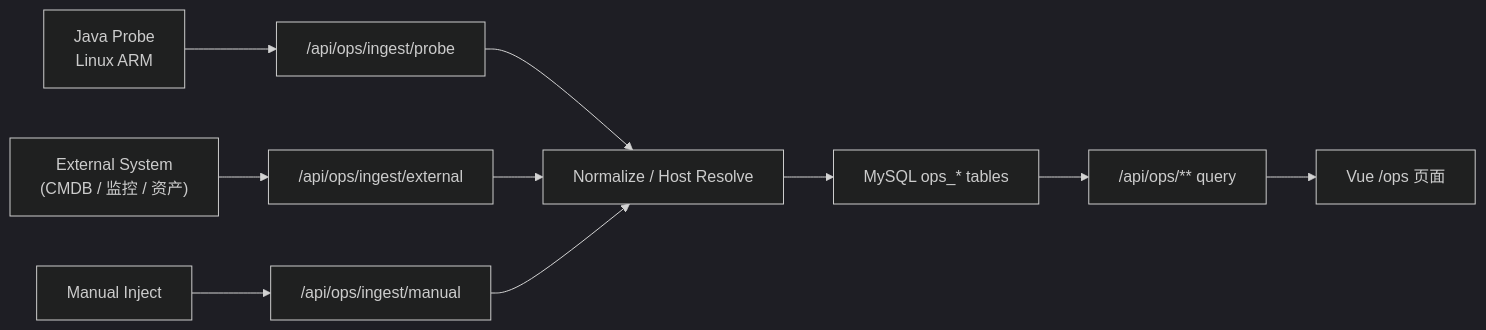
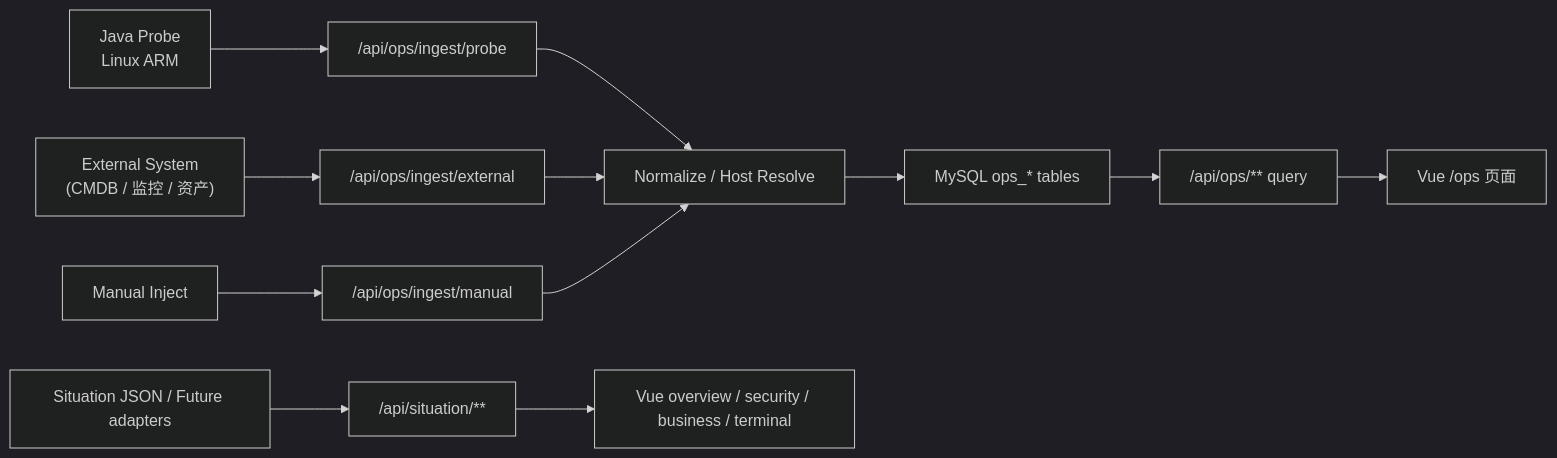
One commit to wzzwwbx/business-security-dashboard changed the diagram in docs/architecture.md. Above: the diagram before and after it, drawn with Mermaid (dark theme). The commit also changed other lines of this file and 45 other files, not shown here.

Commit message:
feat: add situation api integration and interactive views

````diff
--- a/docs/architecture.md
+++ b/docs/architecture.md
@@ -12,14 +12,17 @@
 ```mermaid
 flowchart LR
   probe["Java Probe\nLinux ARM"] --> ingest["/api/ops/ingest/probe"]
   ext["External System\n(CMDB / 监控 / 资产)"] --> ingest2["/api/ops/ingest/external"]
   manual["Manual Inject"] --> ingest3["/api/ops/ingest/manual"]
 
   ingest --> normalize["Normalize / Host Resolve"]
   ingest2 --> normalize
   ingest3 --> normalize
 
   normalize --> mysql["MySQL ops_* tables"]
-  mysql --> query["/api/ops/** query"]
-  query --> frontend["Vue /ops 页面"]
+  mysql --> opsQuery["/api/ops/** query"]
+  opsQuery --> opsFrontend["Vue /ops 页面"]
+
+  situationMock["Situation JSON / Future adapters"] --> situationApi["/api/situation/**"]
+  situationApi --> situationFrontend["Vue overview / security / business / terminal"]
 ```
````
